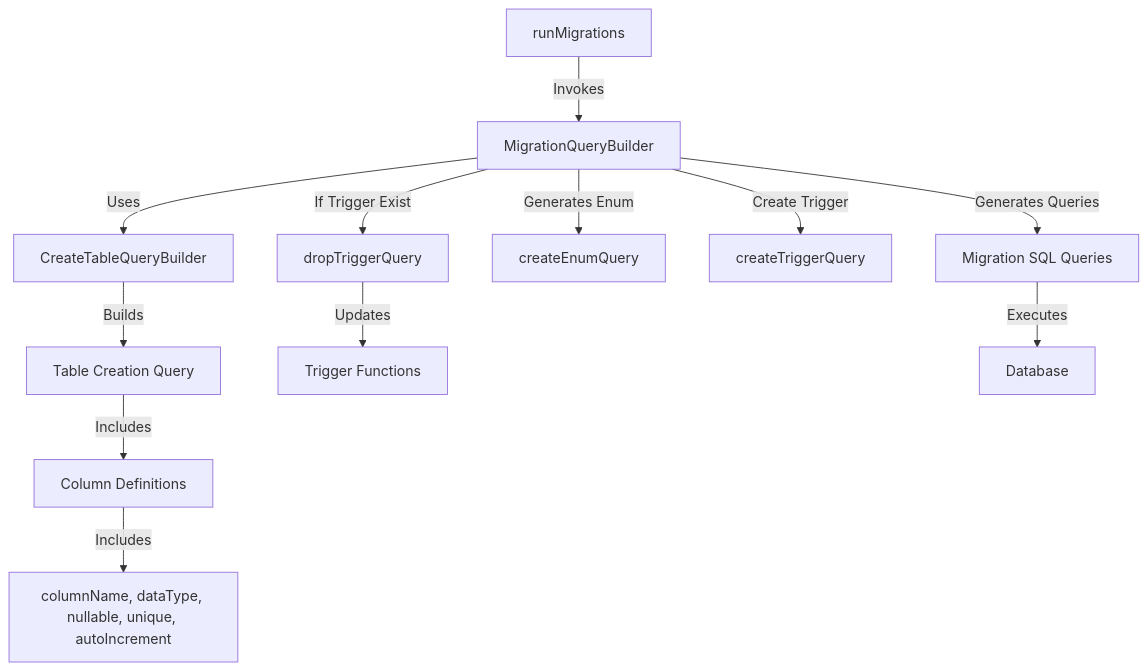
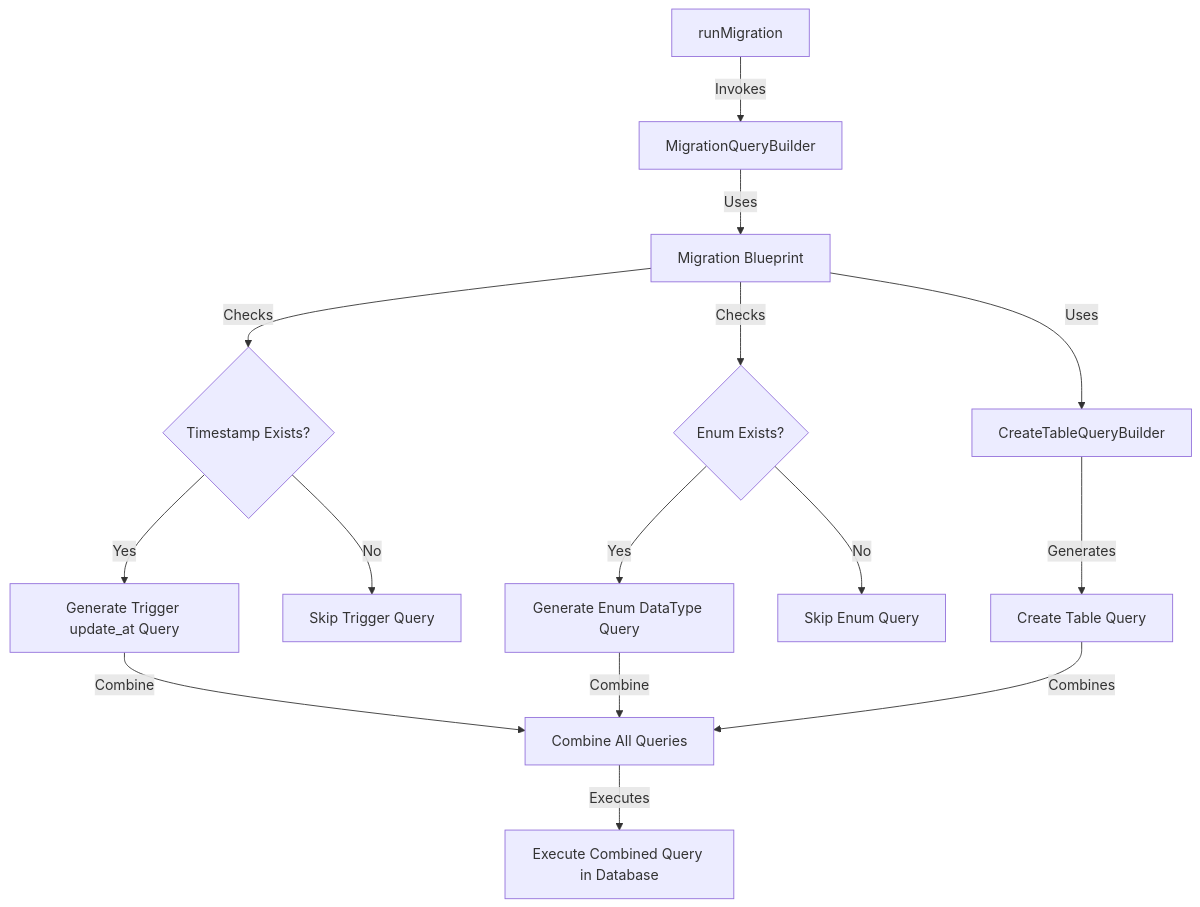
One commit to djancool016/dwi-express-orm changed the first of 2 diagrams in README.md. Above: the diagram before and after it, drawn with Mermaid.

````diff
--- a/README.md
+++ b/README.md
@@ -49,14 +49,17 @@
 ```mermaid
 graph TD
-    A[runMigrations] -->|Invokes| B[MigrationQueryBuilder]
-    B -->|Uses| C[CreateTableQueryBuilder]
-    B -->|Generates Queries| D[Migration SQL Queries]
-    B -->|Generates Enum| E[createEnumQuery]
-    B -->|Create Trigger| F[createTriggerQuery]
-    B -->|If Trigger Exist| G[dropTriggerQuery]
-    C -->|Builds| H[Table Creation Query]
-    H -->|Includes| I[Column Definitions]
-    I -->|Includes| J[columnName, dataType, nullable, unique, autoIncrement]
-    G -->|Updates| K[Trigger Functions]
-    D -->|Executes| L[Database]
+    A[runMigration] -->|Invokes| B[MigrationQueryBuilder]
+    B -->|Uses| C[Migration Blueprint]
+    C -->|Checks| D{Timestamp Exists?}
+    D -->|Yes| E[Generate Trigger update_at Query]
+    D -->|No| H[Skip Trigger Query]
+    C -->|Checks| I{Enum Exists?}
+    I -->|Yes| J[Generate Enum DataType Query]
+    I -->|No| K[Skip Enum Query]
+    C -->|Uses| L[CreateTableQueryBuilder]
+    L -->|Generates| M[Create Table Query]
+    E --> |Combine|N
+    J --> |Combine|N
+    M -->|Combines| N[Combine All Queries]
+    N -->|Executes| O[Execute Combined Query in Database]
 ```
````
